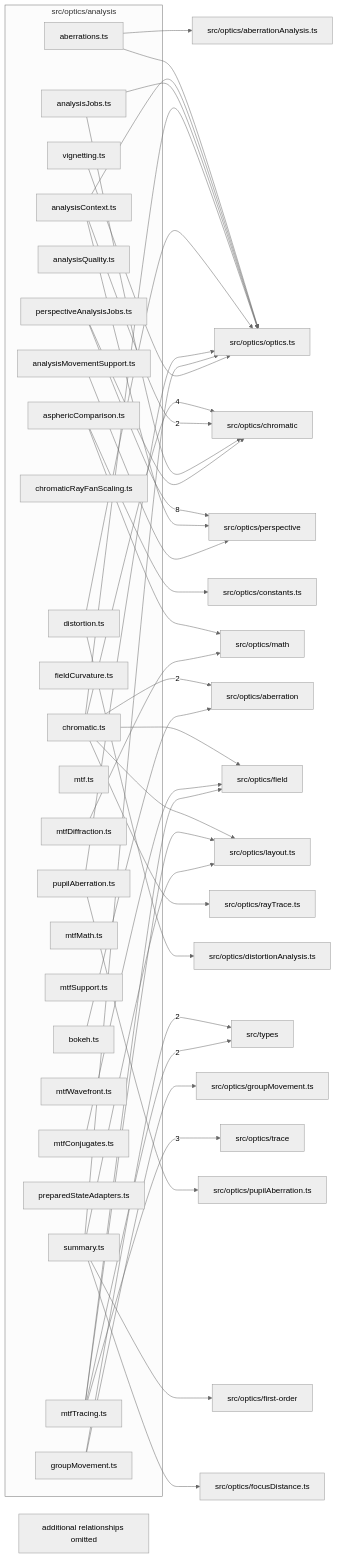
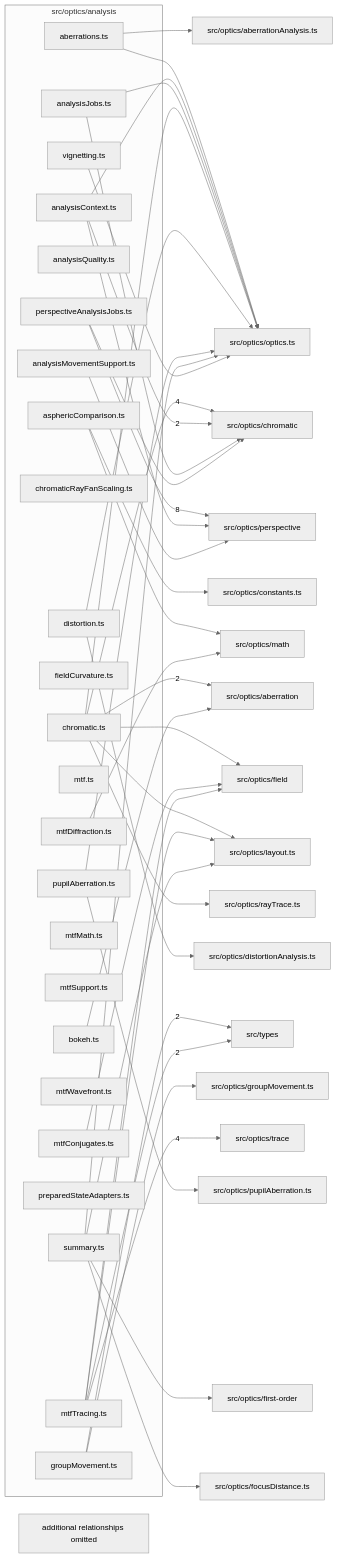
Before and after one commit to ronbuening/LensVisualizer: the diagram in src/optics/analysis/readme.md, drawn with Mermaid (neutral theme). The commit also changed other lines of this file and 10 other files, not shown here.

```diff
--- a/src/optics/analysis/readme.md
+++ b/src/optics/analysis/readme.md
@@ -53,7 +53,7 @@
   n_external_src_optics_rayTrace_ts["src/optics/rayTrace.ts"]
   n_src_optics_analysis_src_optics_analysis_perspectiveAnalysisJobs_ts --> |8| n_external_src_optics_perspective
   n_src_optics_analysis_src_optics_analysis_chromatic_ts --> |4| n_external_src_optics_chromatic
-  n_src_optics_analysis_src_optics_analysis_mtfTracing_ts --> |3| n_external_src_optics_trace
+  n_src_optics_analysis_src_optics_analysis_mtfTracing_ts --> |4| n_external_src_optics_trace
   n_src_optics_analysis_src_optics_analysis_chromatic_ts --> |2| n_external_src_optics_aberration
   n_src_optics_analysis_src_optics_analysis_analysisContext_ts --> |2| n_external_src_optics_chromatic
   n_src_optics_analysis_src_optics_analysis_groupMovement_ts --> |2| n_external_src_types
```
